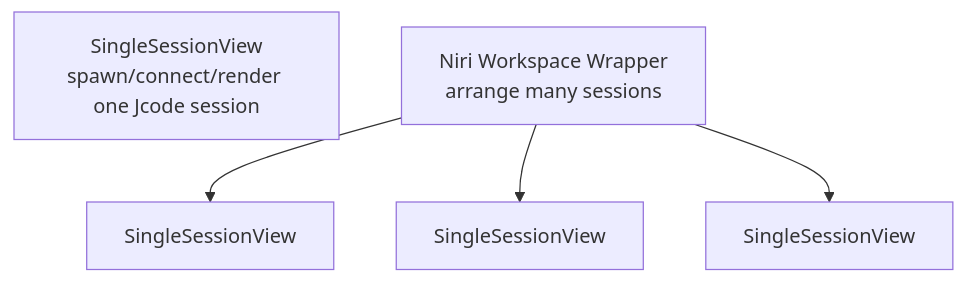
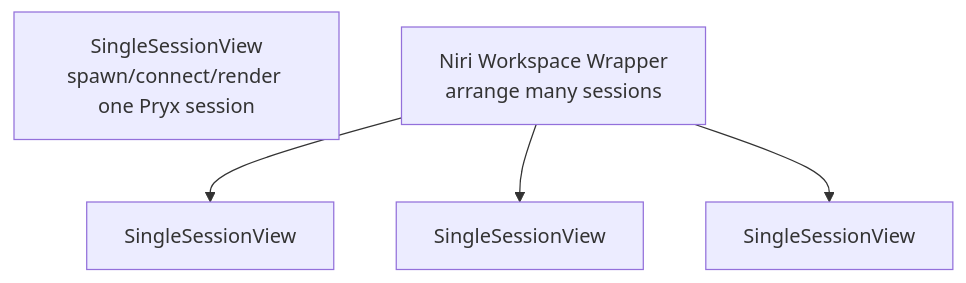
The diagram in docs/DESKTOP_SINGLE_SESSION_DESIGN.md (irfndi/pryx), drawn with Mermaid before and after one commit. The commit also changed other lines of this file and 2678 other files, not shown here.

First line of the commit message:
refactor: rename jcode to pryx across the entire codebase

````diff
--- a/docs/DESKTOP_SINGLE_SESSION_DESIGN.md
+++ b/docs/DESKTOP_SINGLE_SESSION_DESIGN.md
@@ -11,12 +11,12 @@
 ```mermaid
 flowchart TD
-    SingleSession[SingleSessionView\nspawn/connect/render one Jcode session]
+    SingleSession[SingleSessionView\nspawn/connect/render one Pryx session]
     Workspace[Niri Workspace Wrapper\narrange many sessions]
     SessionA[SingleSessionView]
     SessionB[SingleSessionView]
     SessionC[SingleSessionView]
 
     Workspace --> SessionA
     Workspace --> SessionB
     Workspace --> SessionC
 ```
````
